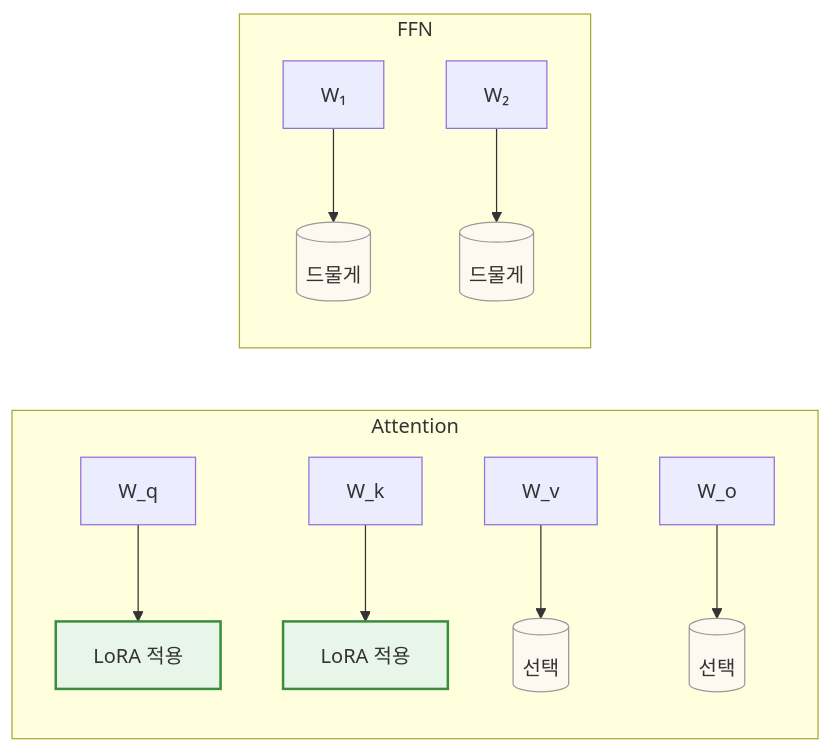
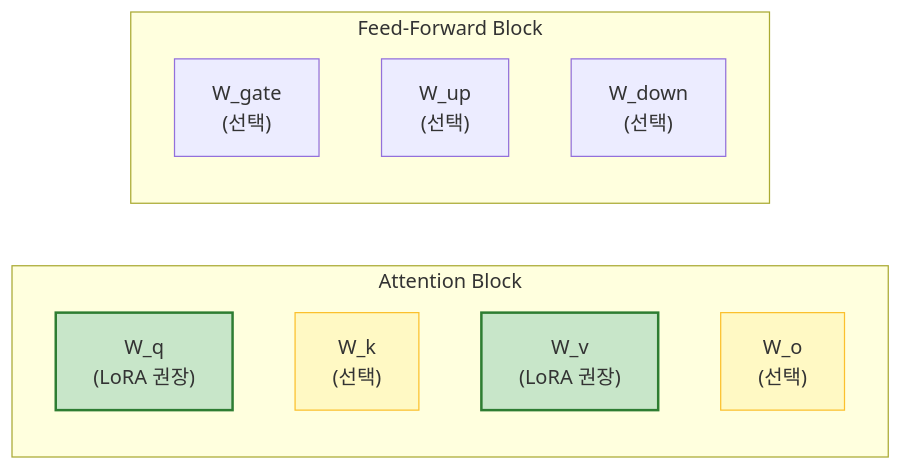
The second of 2 diagrams in content/study/LoRA.md (Ricepunchb/Idsh-obsidian-garden), drawn with Mermaid before and after one commit. The commit also changed other lines of this file and 14 other files, not shown here.

````diff
--- a/content/study/LoRA.md
+++ b/content/study/LoRA.md
@@ -55,22 +67,21 @@
 ```mermaid
-%% 도표 2: LoRA 적용 위치 (실무 표준) — Mermaid 11.4.0 완벽 호환
 %%{init: {'theme':'default'}}%%
 graph LR
-    subgraph Attention
-        Q[W_q] --> qL[LoRA 적용]
-        K[W_k] --> kL[LoRA 적용]
-        V[W_v] --> vL[(선택)]
-        O[W_o] --> oL[(선택)]
+    subgraph "Attention Block"
+        Q["W_q<br/>(LoRA 권장)"] 
+        K["W_k<br/>(선택)"]
+        V["W_v<br/>(LoRA 권장)"]
+        O["W_o<br/>(선택)"]
     end
-    subgraph FFN
-        F1[W₁] --> f1[(드물게)]
-        F2[W₂] --> f2[(드물게)]
+    
+    subgraph "Feed-Forward Block"
+        Gate["W_gate<br/>(선택)"]
+        Up["W_up<br/>(선택)"]
+        Down["W_down<br/>(선택)"]
     end
 
-    style qL fill:#E8F5E9,stroke:#388E3C,stroke-width:2px
-    style kL fill:#E8F5E9,stroke:#388E3C,stroke-width:2px
-    style vL fill:#FFF8F0,stroke:#999999
-    style oL fill:#FFF8F0,stroke:#999999
-    style f1 fill:#FFF8F0,stroke:#999999
-    style f2 fill:#FFF8F0,stroke:#999999
+    style Q fill:#C8E6C9,stroke:#2E7D32,stroke-width:2px
+    style V fill:#C8E6C9,stroke:#2E7D32,stroke-width:2px
+    style K fill:#FFF9C4,stroke:#FBC02d
+    style O fill:#FFF9C4,stroke:#FBC02d
 ```
````
